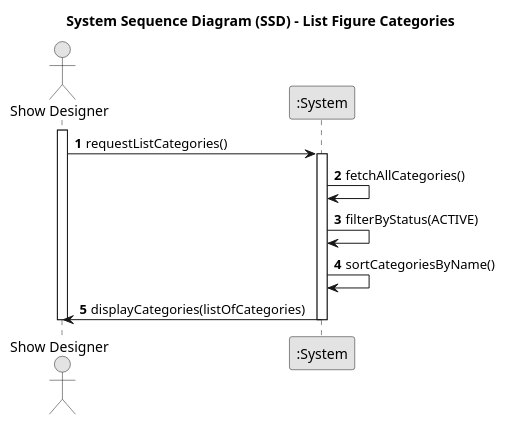
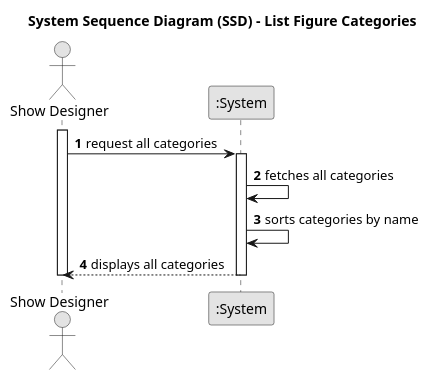
The diagram in docs/planning/sprint2/EAPLI/US247 - List figure categories/01.requirements-engineering/puml/us247-system-sequence-diagram.puml (SAEmanuel/Shodrone_ISEP), drawn with PlantUML before and after one commit. The commit also changed 2 other files, not shown here.

```diff
--- a/docs/planning/sprint2/EAPLI/US247 - List figure categories/01.requirements-engineering/puml/us247-system-sequence-diagram.puml
+++ b/docs/planning/sprint2/EAPLI/US247 - List figure categories/01.requirements-engineering/puml/us247-system-sequence-diagram.puml
@@ -1,26 +1,27 @@
 @startuml
 skinparam monochrome true
 skinparam packageStyle rectangle
 skinparam shadowing false
 
 title System Sequence Diagram (SSD) - List Figure Categories
 
 autonumber
 
 actor "Show Designer" as SD
 participant ":System" as System
 
 activate SD
 
-SD -> System: requestListCategories()
+SD -> System: request all categories
 activate System
 
-System -> System: fetchAllCategories()
-System -> System: filterByStatus(ACTIVE)
-System -> System: sortCategoriesByName()
-System -> SD: displayCategories(listOfCategories)
+System -> System: fetches all categories
+
+System -> System: sorts categories by name
+
+System --> SD: displays all categories
 
 deactivate System
 deactivate SD
 
 @enduml
```
